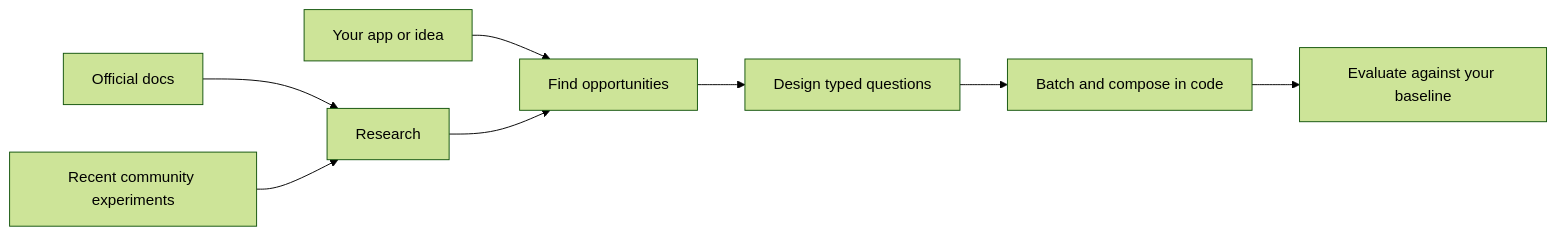
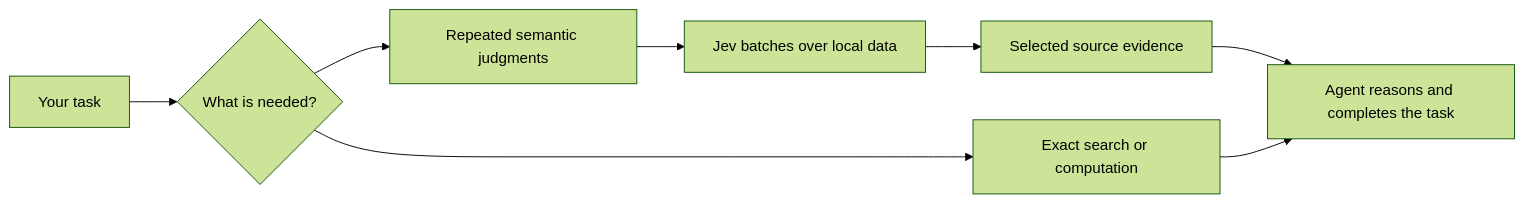
Before and after one commit to altryne/jevify: the diagram in README.md, drawn with Mermaid (forest theme). The commit also changed other lines of this file and 19 other files, not shown here.

Commit message:
Use Jev for bounded agent judgments and preserve source coverage

````diff
--- a/README.md
+++ b/README.md
@@ -174,10 +210,10 @@
 ```mermaid
 flowchart LR
-    D[Official docs] --> R[Research]
-    C[Recent community experiments] --> R
-    A[Your app or idea] --> O[Find opportunities]
-    R --> O
-    O --> Q[Design typed questions]
-    Q --> B[Batch and compose in code]
-    B --> E[Evaluate against your baseline]
+    T[Your task] --> D{What is needed?}
+    D --> S[Repeated semantic judgments]
+    D --> C[Exact search or computation]
+    S --> J[Jev batches over local data]
+    J --> E[Selected source evidence]
+    E --> A[Agent reasons and completes the task]
+    C --> A
 ```
````
